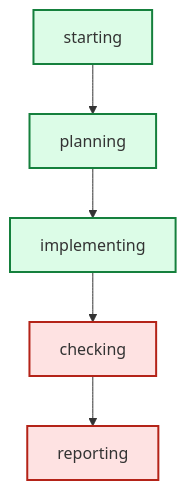
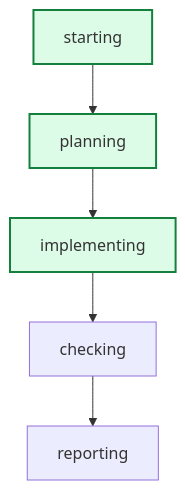
Before and after one commit to daniell0gda/hermes-feature-check-dashboard: the diagram in latest/graph.mmd, drawn with Mermaid. The commit also changed 37 other files, not shown here.

```diff
--- a/latest/graph.mmd
+++ b/latest/graph.mmd
@@ -1,14 +1,12 @@
 graph TD
     starting --> planning
     planning --> implementing
     implementing --> checking
     checking --> reporting
 
 classDef done fill:#dcfce7,stroke:#15803d,stroke-width:2px;
 classDef active fill:#dbeafe,stroke:#2563eb,stroke-width:3px;
 classDef failed fill:#fee2e2,stroke:#b42318,stroke-width:2px;
 class implementing done;
-class checking failed;
 class starting done;
-class reporting failed;
 class planning done;
```
